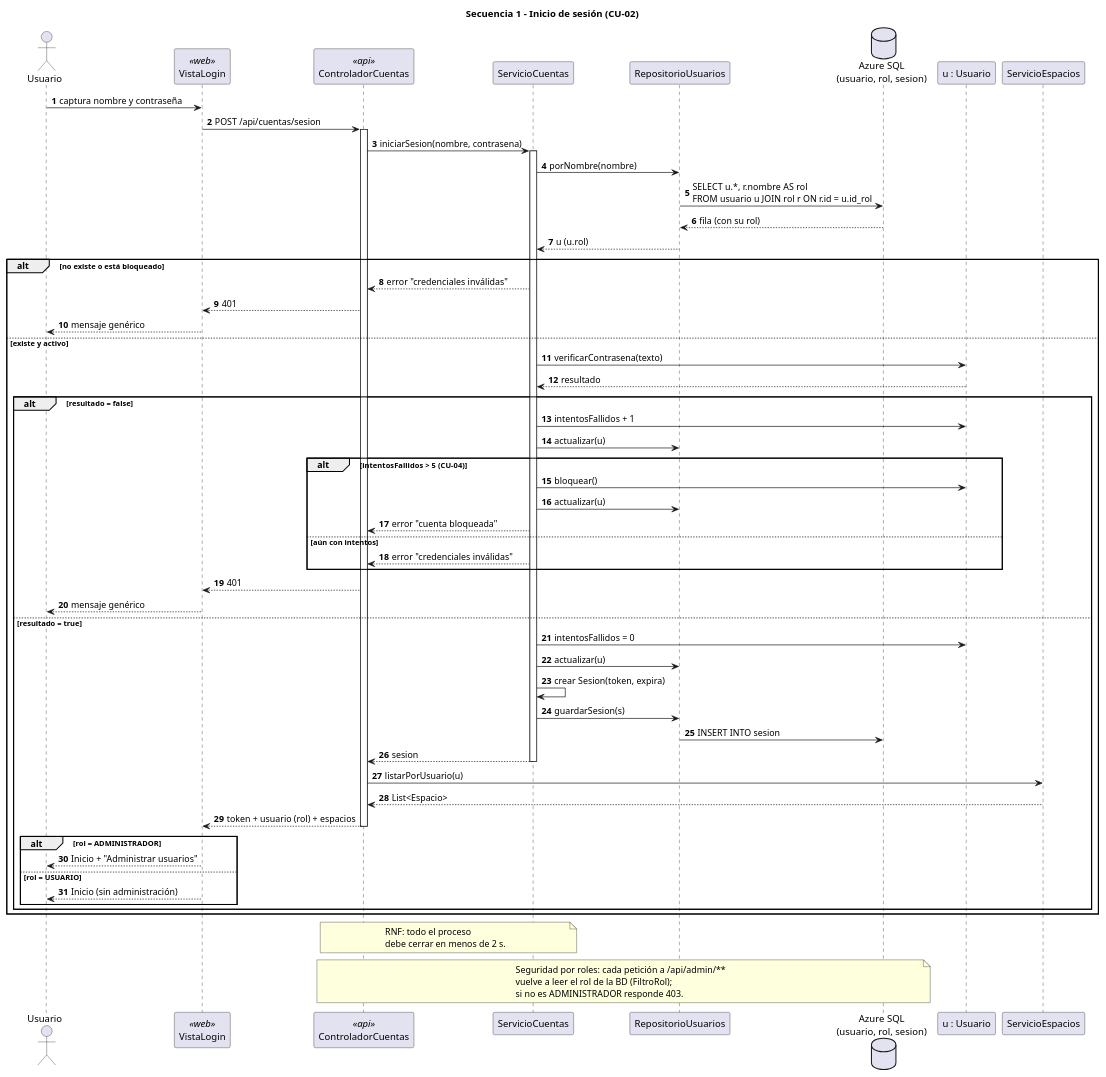
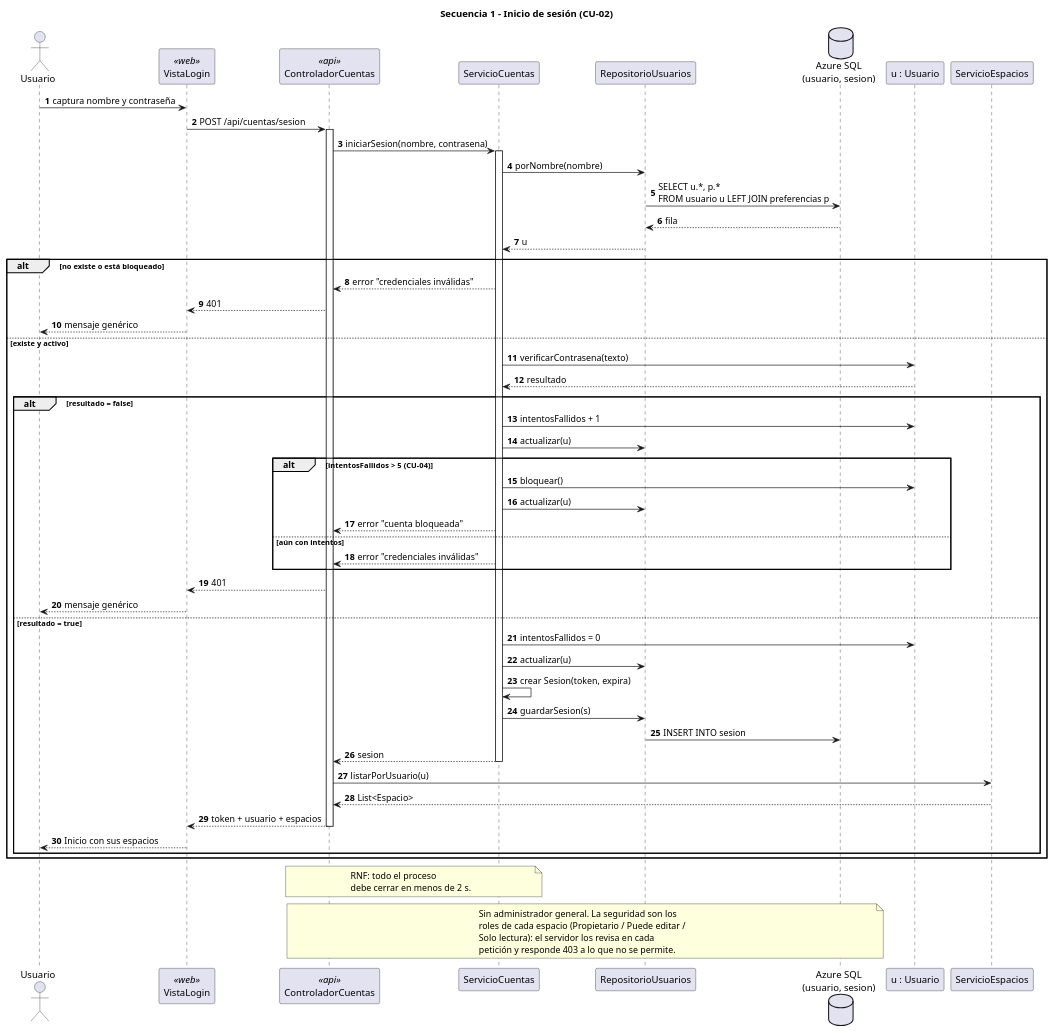
The diagram in 4-CODIGO/diagramas/src/13-secuencia-login.puml (TruTruMaster/NOM-COLAB), drawn with PlantUML before and after one commit. The commit also changed 105 other files, not shown here.

First line of the commit message:
Sin administrador general, seguridad con roles en la base y servidor propio

```diff
--- a/4-CODIGO/diagramas/src/13-secuencia-login.puml
+++ b/4-CODIGO/diagramas/src/13-secuencia-login.puml
@@ -1,75 +1,72 @@
 @startuml 13-secuencia-login
 title Secuencia 1 - Inicio de sesión (CU-02)
 skinparam shadowing false
 autonumber
 
 actor "Usuario" as A
 participant "VistaLogin" as V <<web>>
 participant "ControladorCuentas" as C <<api>>
 participant "ServicioCuentas" as S
 participant "RepositorioUsuarios" as R
-database "Azure SQL\n(usuario, rol, sesion)" as BD
+database "Azure SQL\n(usuario, sesion)" as BD
 participant "u : Usuario" as U
 participant "ServicioEspacios" as SE
 
 A -> V : captura nombre y contraseña
 V -> C : POST /api/cuentas/sesion
 activate C
 C -> S : iniciarSesion(nombre, contrasena)
 activate S
 S -> R : porNombre(nombre)
-R -> BD : SELECT u.*, r.nombre AS rol\nFROM usuario u JOIN rol r ON r.id = u.id_rol
-BD --> R : fila (con su rol)
-R --> S : u (u.rol)
+R -> BD : SELECT u.*, p.*\nFROM usuario u LEFT JOIN preferencias p
+BD --> R : fila
+R --> S : u
 
 alt no existe o está bloqueado
   S --> C : error "credenciales inválidas"
   C --> V : 401
   V --> A : mensaje genérico
 else existe y activo
   S -> U : verificarContrasena(texto)
   U --> S : resultado
 
   alt resultado = false
     S -> U : intentosFallidos + 1
     S -> R : actualizar(u)
     alt intentosFallidos > 5  (CU-04)
       S -> U : bloquear()
       S -> R : actualizar(u)
       S --> C : error "cuenta bloqueada"
     else aún con intentos
       S --> C : error "credenciales inválidas"
     end
     C --> V : 401
     V --> A : mensaje genérico
 
   else resultado = true
     S -> U : intentosFallidos = 0
     S -> R : actualizar(u)
     S -> S : crear Sesion(token, expira)
     S -> R : guardarSesion(s)
     R -> BD : INSERT INTO sesion
     S --> C : sesion
     deactivate S
     C -> SE : listarPorUsuario(u)
     SE --> C : List<Espacio>
-    C --> V : token + usuario (rol) + espacios
+    C --> V : token + usuario + espacios
     deactivate C
-    alt rol = ADMINISTRADOR
-      V --> A : Inicio + "Administrar usuarios"
-    else rol = USUARIO
-      V --> A : Inicio (sin administración)
-    end
+    V --> A : Inicio con sus espacios
   end
 end
 
 note over C, S
   RNF: todo el proceso
   debe cerrar en menos de 2 s.
 end note
 note over C, BD
-  Seguridad por roles: cada petición a /api/admin/**
-  vuelve a leer el rol de la BD (FiltroRol);
-  si no es ADMINISTRADOR responde 403.
+  Sin administrador general. La seguridad son los
+  roles de cada espacio (Propietario / Puede editar /
+  Solo lectura): el servidor los revisa en cada
+  petición y responde 403 a lo que no se permite.
 end note
 @enduml
```
